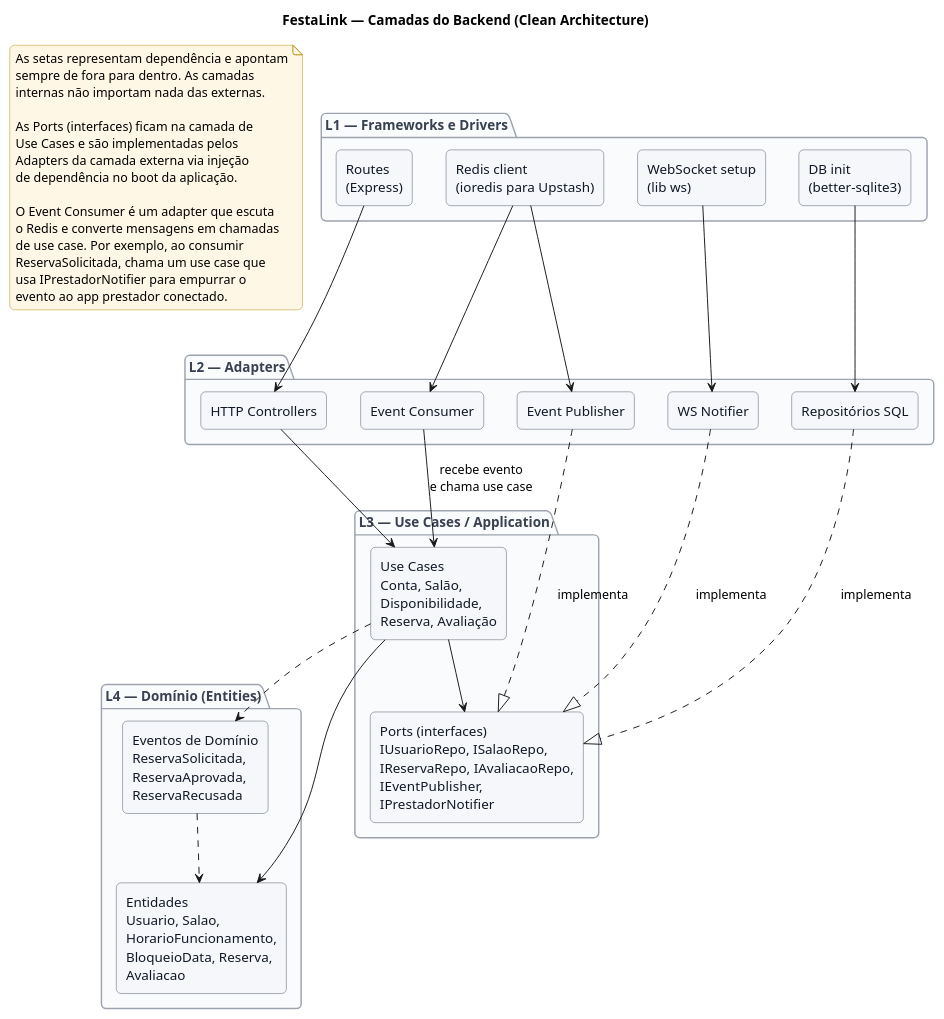
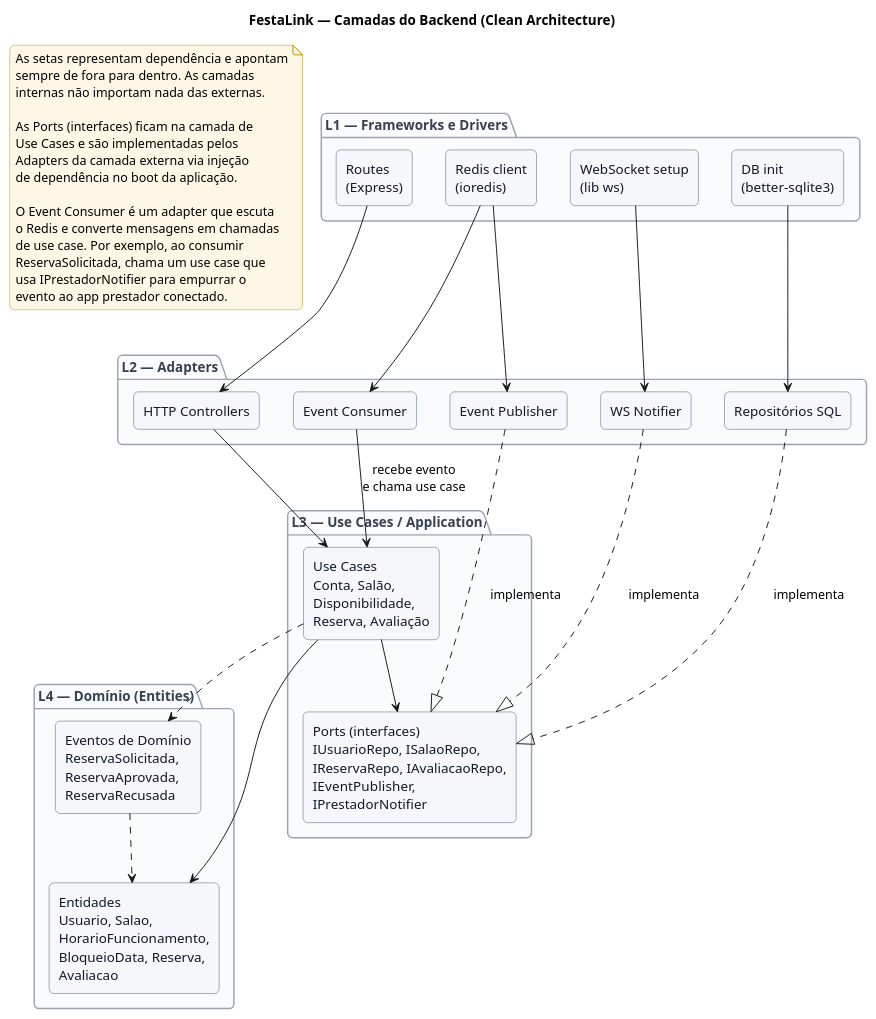
Before and after one commit to MiguelMagCastro/festalink_app: the diagram in docs/diagrams/08-camadas-clean-arch.puml, drawn with PlantUML. The commit also changed 8 other files, not shown here.

Commit message:
docs: ajusta referencias de redis (containerizado em vez de upstash)

```diff
--- a/docs/diagrams/08-camadas-clean-arch.puml
+++ b/docs/diagrams/08-camadas-clean-arch.puml
@@ -1,85 +1,85 @@
 @startuml
 title FestaLink — Camadas do Backend (Clean Architecture)
 
 skinparam backgroundColor #FFFFFF
 skinparam shadowing false
 skinparam roundCorner 10
 skinparam defaultFontName "Helvetica"
 skinparam rectangle {
   BackgroundColor #F5F7FB
   BorderColor #4B5563
   FontColor #111827
 }
 skinparam package {
   BackgroundColor #FAFBFD
   BorderColor #9CA3AF
   FontColor #374151
 }
 skinparam note {
   BackgroundColor #FFF7E6
   BorderColor #B58900
 }
 
 package "L1 — Frameworks e Drivers" as L1 {
   rectangle "Routes\n(Express)" as routes
   rectangle "WebSocket setup\n(lib ws)" as wssetup
-  rectangle "Redis client\n(ioredis para Upstash)" as redisc
+  rectangle "Redis client\n(ioredis)" as redisc
   rectangle "DB init\n(better-sqlite3)" as dbinit
 }
 
 package "L2 — Adapters" as L2 {
   rectangle "HTTP Controllers" as ctrl
   rectangle "Repositórios SQL" as repo
   rectangle "Event Publisher" as pub
   rectangle "Event Consumer" as cons
   rectangle "WS Notifier" as wsn
 }
 
 package "L3 — Use Cases / Application" as L3 {
   rectangle "Use Cases\nConta, Salão,\nDisponibilidade,\nReserva, Avaliação" as uc
   rectangle "Ports (interfaces)\nIUsuarioRepo, ISalaoRepo,\nIReservaRepo, IAvaliacaoRepo,\nIEventPublisher,\nIPrestadorNotifier" as ports
 }
 
 package "L4 — Domínio (Entities)" as L4 {
   rectangle "Entidades\nUsuario, Salao,\nHorarioFuncionamento,\nBloqueioData, Reserva,\nAvaliacao" as ent
   rectangle "Eventos de Domínio\nReservaSolicitada,\nReservaAprovada,\nReservaRecusada" as evs
 }
 
 routes --> ctrl
 wssetup --> wsn
 redisc --> pub
 redisc --> cons
 dbinit --> repo
 
 ctrl --> uc
 
 repo ..|> ports : implementa
 pub ..|> ports : implementa
 wsn ..|> ports : implementa
 
 cons --> uc : recebe evento\ne chama use case
 
 uc --> ports
 uc --> ent
 uc ..> evs
 evs ..> ent
 
 note as N1
   As setas representam dependência e apontam
   sempre de fora para dentro. As camadas
   internas não importam nada das externas.
 
   As Ports (interfaces) ficam na camada de
   Use Cases e são implementadas pelos
   Adapters da camada externa via injeção
   de dependência no boot da aplicação.
 
   O Event Consumer é um adapter que escuta
   o Redis e converte mensagens em chamadas
   de use case. Por exemplo, ao consumir
   ReservaSolicitada, chama um use case que
   usa IPrestadorNotifier para empurrar o
   evento ao app prestador conectado.
 end note
 
 @enduml
```
